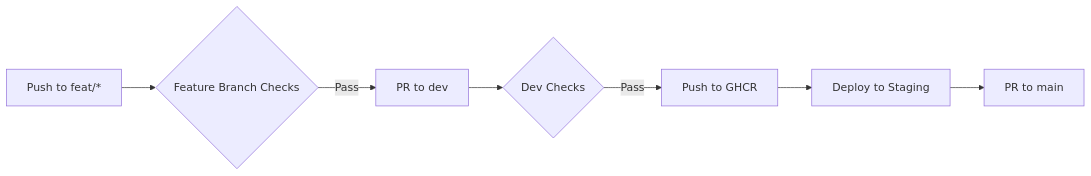
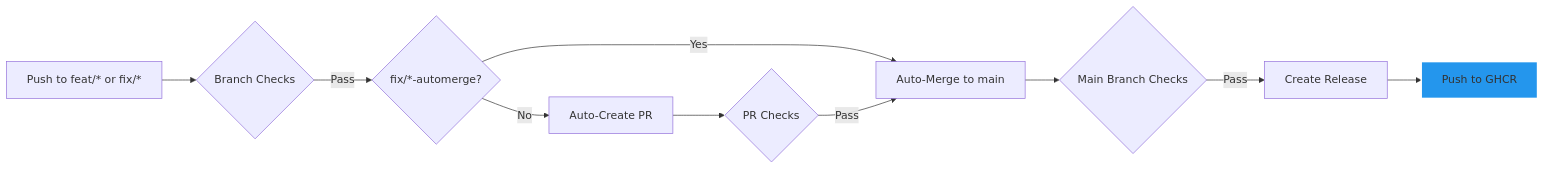
Before and after one commit to datascientest-fastAPI-project-group-25/fastAPI-project-app: the second of 2 diagrams in README.md, drawn with Mermaid. The commit also changed other lines of this file, not shown here.

Commit message:
docs: update CI/CD pipeline graph to reflect current branch strategy

````diff
--- a/README.md
+++ b/README.md
@@ -197,9 +197,13 @@
 ```mermaid
 graph LR
-    A[Push to feat/*] --> B{Feature Branch Checks}
-    B -->|Pass| C[PR to dev]
-    C --> D{Dev Checks}
-    D -->|Pass| E[Push to GHCR]
-    E --> F[Deploy to Staging]
-    F --> G[PR to main]
+    A[Push to feat/* or fix/*] --> B{Branch Checks}
+    B -->|Pass| C{fix/*-automerge?}
+    C -->|No| D[Auto-Create PR]
+    C -->|Yes| E[Auto-Merge to main]
+    D --> F{PR Checks}
+    F -->|Pass| E
+    E --> G{Main Branch Checks}
+    G -->|Pass| H[Create Release]
+    H --> I[Push to GHCR]
+    style I fill:#2496ED,stroke:#fff,stroke-width:2px
 ```
````
